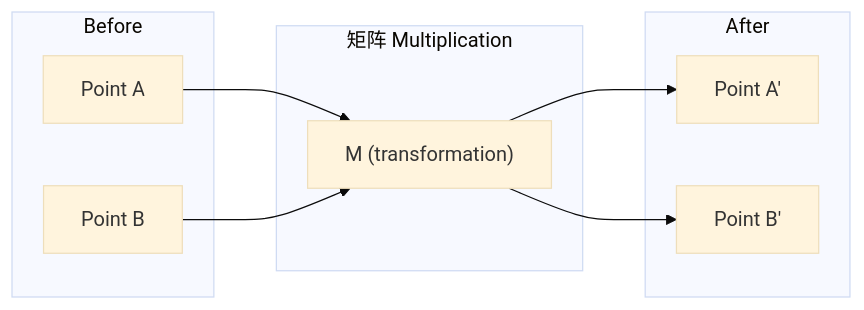
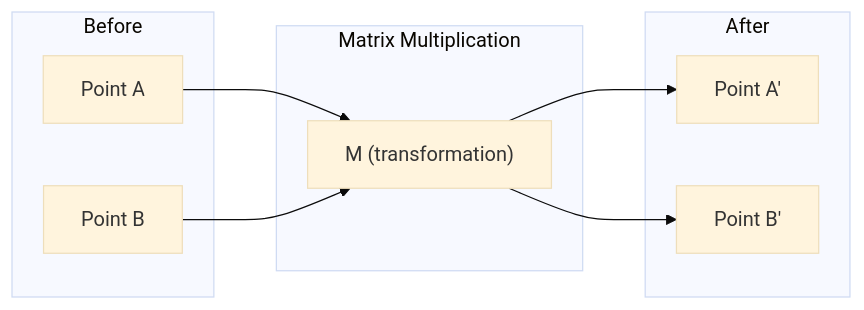
The first of 2 diagrams in phases/01-math-foundations/01-linear-algebra-intuition/docs/zh.md (arwei944/ai-engineering-from-scratch), drawn with Mermaid (base theme) before and after one commit. The commit also changed other lines of this file and 65 other files, not shown here.

````diff
--- a/phases/01-math-foundations/01-linear-algebra-intuition/docs/zh.md
+++ b/phases/01-math-foundations/01-linear-algebra-intuition/docs/zh.md
@@ -46,18 +46,18 @@
 ```mermaid
 graph LR
     subgraph Before
         A["Point A"]
         B["Point B"]
     end
-    subgraph 矩阵["矩阵 Multiplication"]
+    subgraph Matrix["Matrix Multiplication"]
         M["M (transformation)"]
     end
     subgraph After
         A2["Point A'"]
         B2["Point B'"]
     end
     A --> M
     B --> M
     M --> A2
     M --> B2
 ```
````
